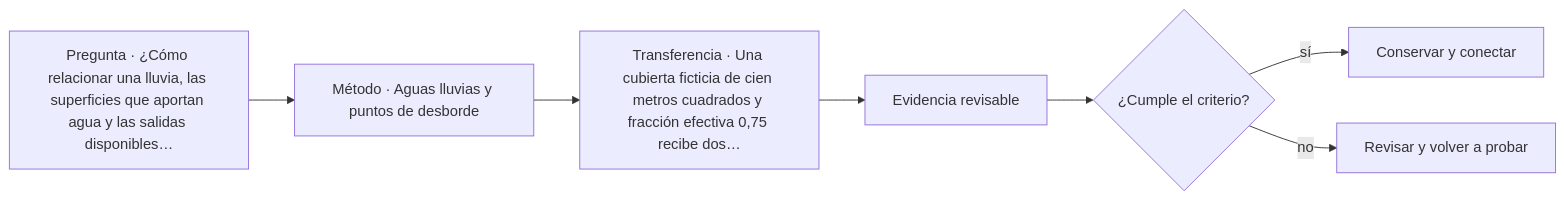
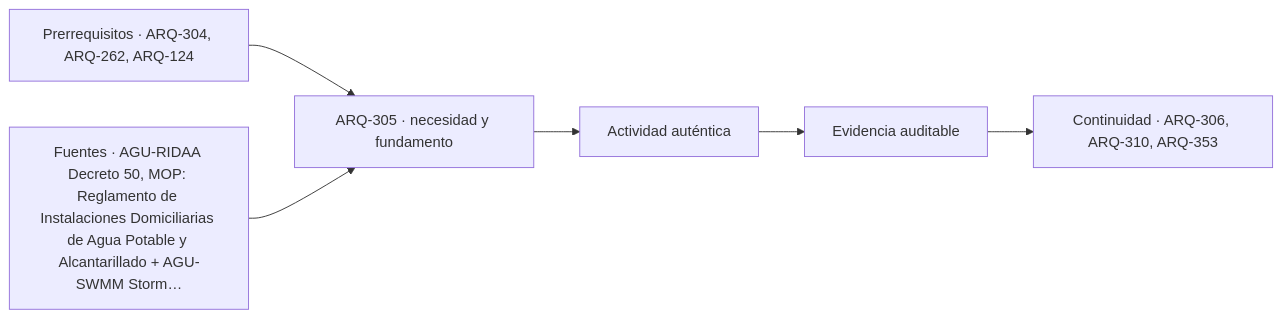
The diagram in classes/parte-31/ARQ-305.md (vladimiracunadev-create/architecture-built-environment-learning-program), drawn with Mermaid before and after one commit. The commit also changed other lines of this file and 761 other files, not shown here.

````diff
--- a/classes/parte-31/ARQ-305.md
+++ b/classes/parte-31/ARQ-305.md
@@ -116,9 +128,8 @@
 ```mermaid
 flowchart LR
-    Q["Pregunta · ¿Cómo relacionar una lluvia, las superficies que aportan agua y las salidas disponibles…"] --> M["Método · Aguas lluvias y puntos de desborde"]
-    M --> P["Transferencia · Una cubierta ficticia de cien metros cuadrados y fracción efectiva 0,75 recibe dos…"]
-    P --> E["Evidencia revisable"]
-    E --> C{"¿Cumple el criterio?"}
-    C -->|sí| T["Conservar y conectar"]
-    C -->|no| R["Revisar y volver a probar"]
+    A["Prerrequisitos · ARQ-304, ARQ-262, ARQ-124"] --> B["ARQ-305 · necesidad y fundamento"]
+    S["Fuentes · AGU-RIDAA Decreto 50, MOP: Reglamento de Instalaciones Domiciliarias de Agua Potable y Alcantarillado + AGU-SWMM Storm…"] --> B
+    B --> C["Actividad auténtica"]
+    C --> D["Evidencia auditable"]
+    D --> E["Continuidad · ARQ-306, ARQ-310, ARQ-353"]
 ```
````
